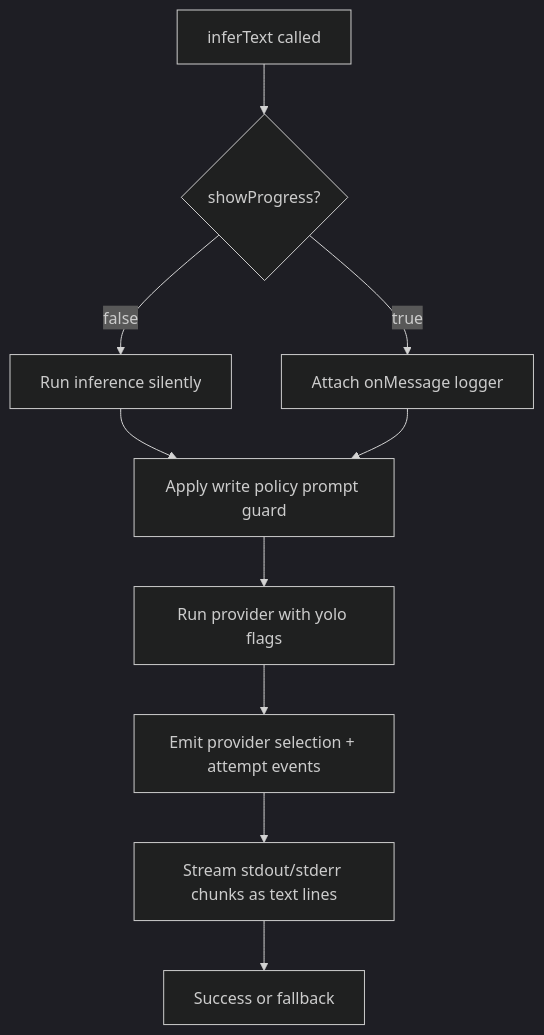
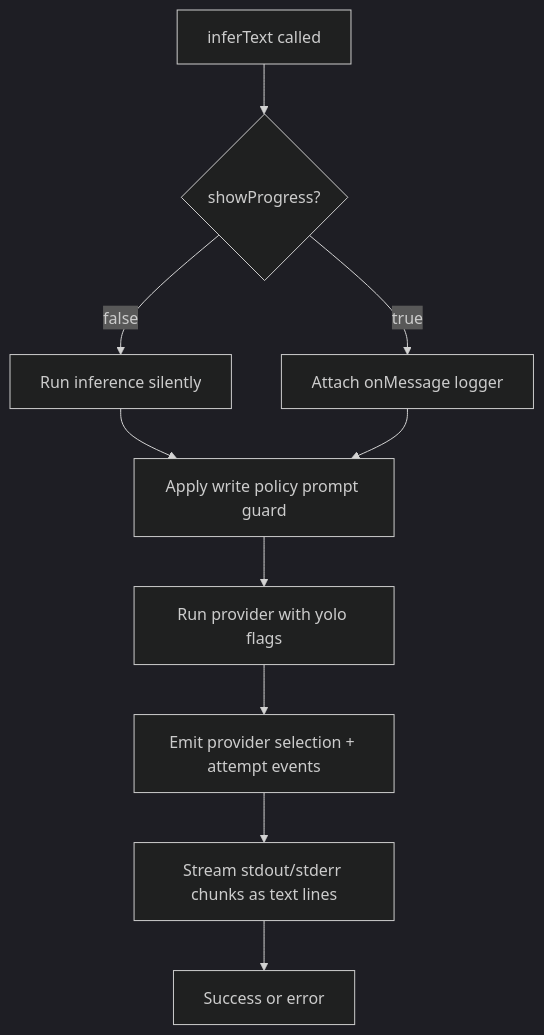
One commit to ex3ndr/holdmybeer changed the diagram in doc/inference-visibility.md. Above: the diagram before and after it, drawn with Mermaid (dark theme). The commit also changed 12 other files, not shown here.

Commit message:
docs(holdmybeer): document architecture and inference changes

````diff
--- a/doc/inference-visibility.md
+++ b/doc/inference-visibility.md
@@ -12,12 +12,12 @@
 ```mermaid
 flowchart TD
   A[inferText called] --> B{showProgress?}
   B -->|false| C[Run inference silently]
   B -->|true| D[Attach onMessage logger]
   C --> E[Apply write policy prompt guard]
   D --> E
   E --> F[Run provider with yolo flags]
   F --> G[Emit provider selection + attempt events]
   G --> H[Stream stdout/stderr chunks as text lines]
-  H --> I[Success or fallback]
+  H --> I[Success or error]
 ```
````
